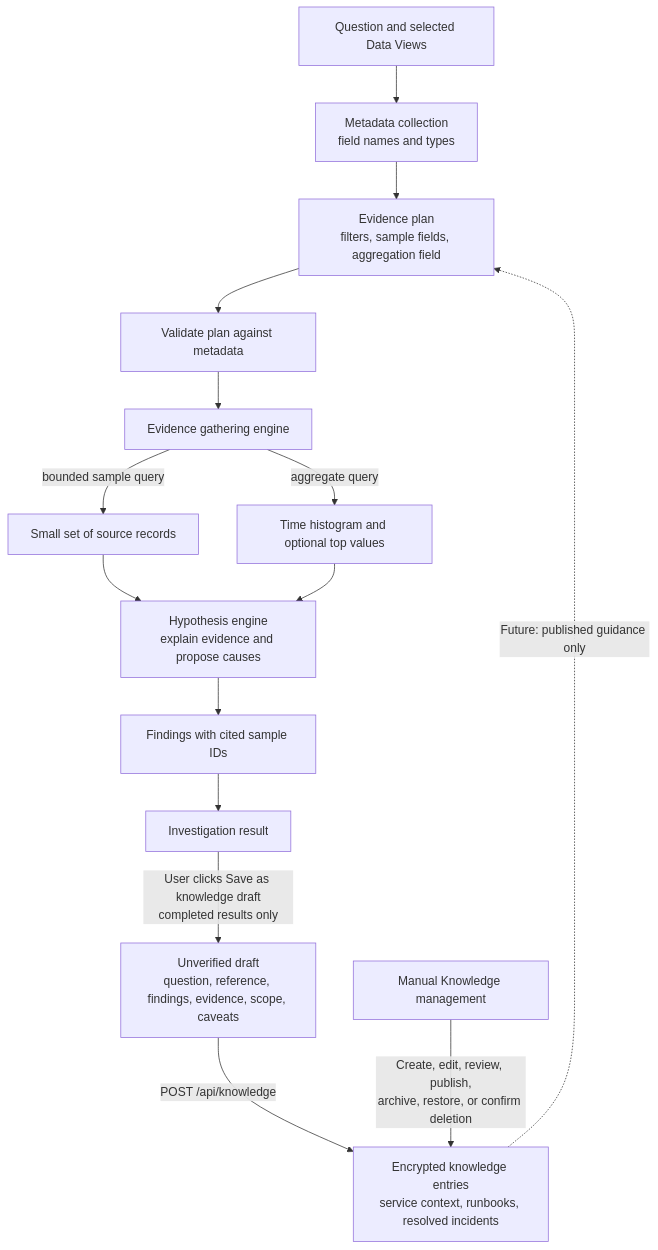
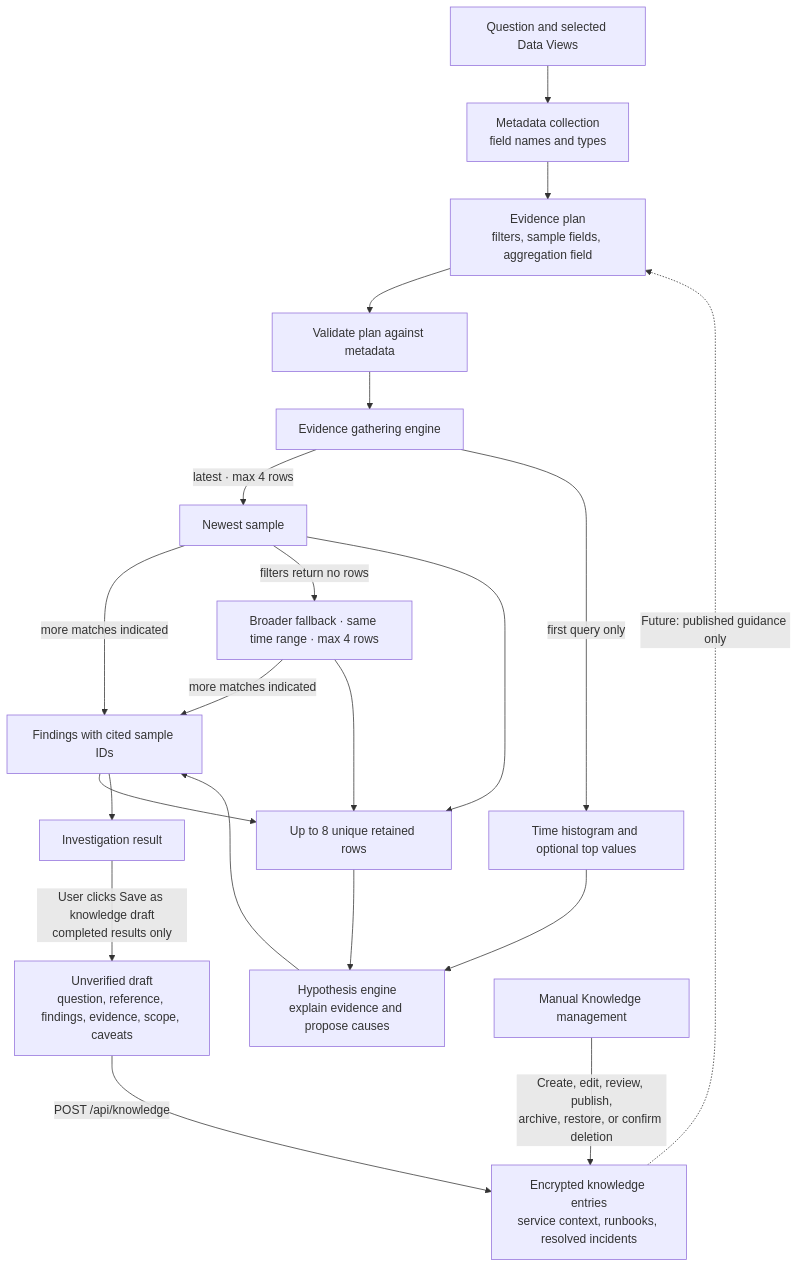
The first of 2 diagrams in docs/investigation-pipeline.md (InvestiGenie/investigenie), drawn with Mermaid before and after one commit. The commit also changed other lines of this file and 17 other files, not shown here.

````diff
--- a/docs/investigation-pipeline.md
+++ b/docs/investigation-pipeline.md
@@ -5,17 +5,23 @@
 ```mermaid
 flowchart TD
     Q[Question and selected Data Views] --> M[Metadata collection<br/>field names and types]
     M --> P[Evidence plan<br/>filters, sample fields, aggregation field]
     P --> V[Validate plan against metadata]
     V --> E[Evidence gathering engine]
-    E -->|bounded sample query| S[Small set of source records]
-    E -->|aggregate query| A[Time histogram and optional top values]
+    E -->|latest · max 4 rows| L[Newest sample]
+    L -->|more matches indicated| R[Earlier sample · max 4 rows]
+    L -->|filters return no rows| F[Broader fallback · same time range · max 4 rows]
+    F -->|more matches indicated| R
+    L --> S[Up to 8 unique retained rows]
+    R --> S
+    F --> S
+    E -->|first query only| A[Time histogram and optional top values]
     S --> H[Hypothesis engine<br/>explain evidence and propose causes]
     A --> H
     H --> R[Findings with cited sample IDs]
     R --> UI[Investigation result]
     UI -->|User clicks Save as knowledge draft<br/>completed results only| D[Unverified draft<br/>question, reference, findings, evidence, scope, caveats]
     D -->|POST /api/knowledge| K[Encrypted knowledge entries<br/>service context, runbooks, resolved incidents]
     U[Manual Knowledge management] -->|Create, edit, review, publish,<br/>archive, restore, or confirm deletion| K
     K -. Future: published guidance only .-> P
 ```
````
